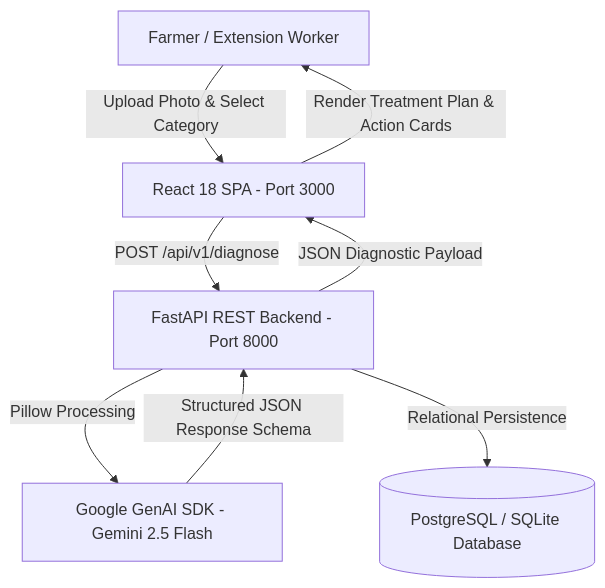
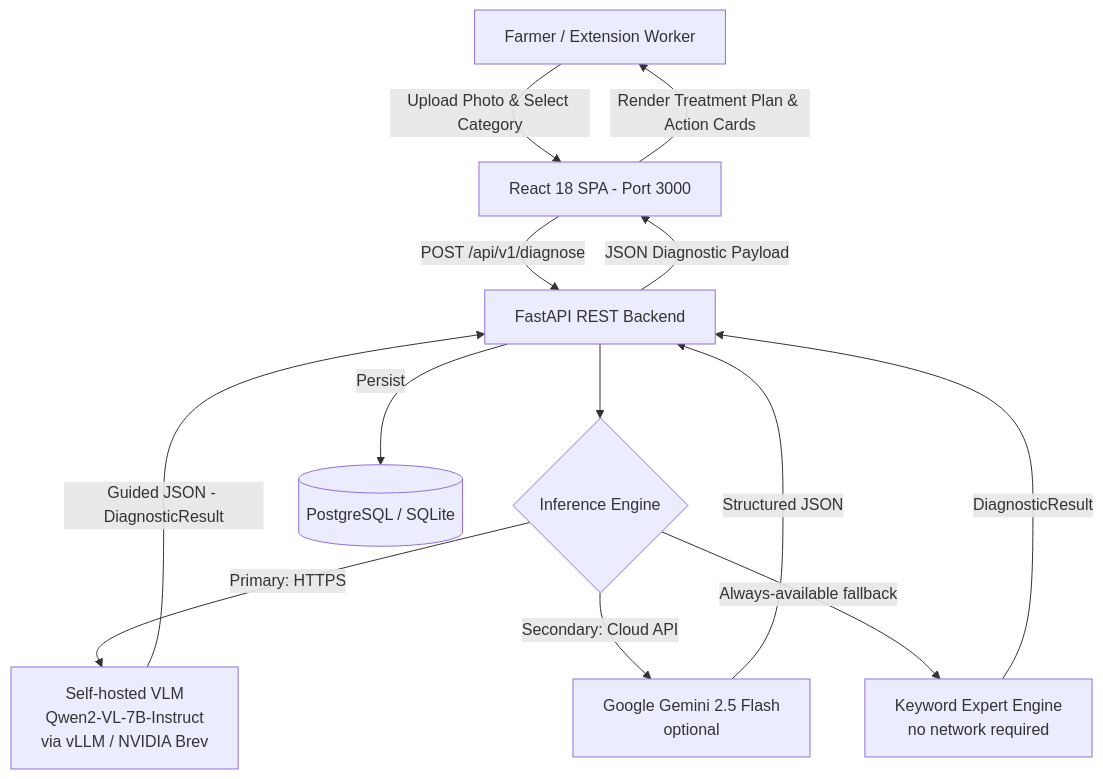
One commit to i-am-collo/AgriMind changed the diagram in PROJECT_DOCUMENTATION.md. Above: the diagram before and after it, drawn with Mermaid. The commit also changed other lines of this file and 9 other files, not shown here.

````diff
--- a/PROJECT_DOCUMENTATION.md
+++ b/PROJECT_DOCUMENTATION.md
@@ -21,10 +23,15 @@
 ```mermaid
 graph TD
     A[Farmer / Extension Worker] -->|Upload Photo & Select Category| B[React 18 SPA - Port 3000]
-    B -->|POST /api/v1/diagnose| C[FastAPI REST Backend - Port 8000]
-    C -->|Pillow Processing| D[Google GenAI SDK - Gemini 2.5 Flash]
-    D -->|Structured JSON Response Schema| C
-    C -->|Relational Persistence| E[(PostgreSQL / SQLite Database)]
+    B -->|POST /api/v1/diagnose| C[FastAPI REST Backend]
+    C --> D{Inference Engine}
+    D -->|Primary: HTTPS| E[Self-hosted VLM\nQwen2-VL-7B-Instruct\nvia vLLM / NVIDIA Brev]
+    D -->|Secondary: Cloud API| F[Google Gemini 2.5 Flash\noptional]
+    D -->|Always-available fallback| G[Keyword Expert Engine\nno network required]
+    E -->|Guided JSON - DiagnosticResult| C
+    F -->|Structured JSON| C
+    G -->|DiagnosticResult| C
+    C -->|Persist| H[(PostgreSQL / SQLite)]
     C -->|JSON Diagnostic Payload| B
     B -->|Render Treatment Plan & Action Cards| A
 ```
````
